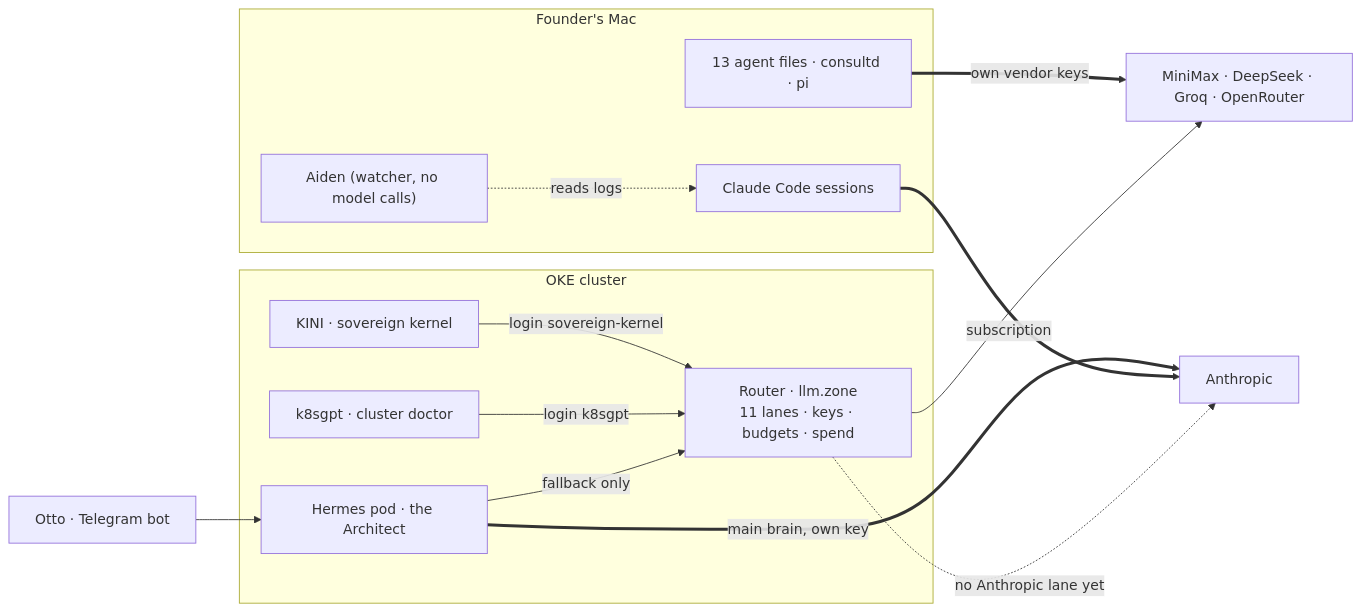
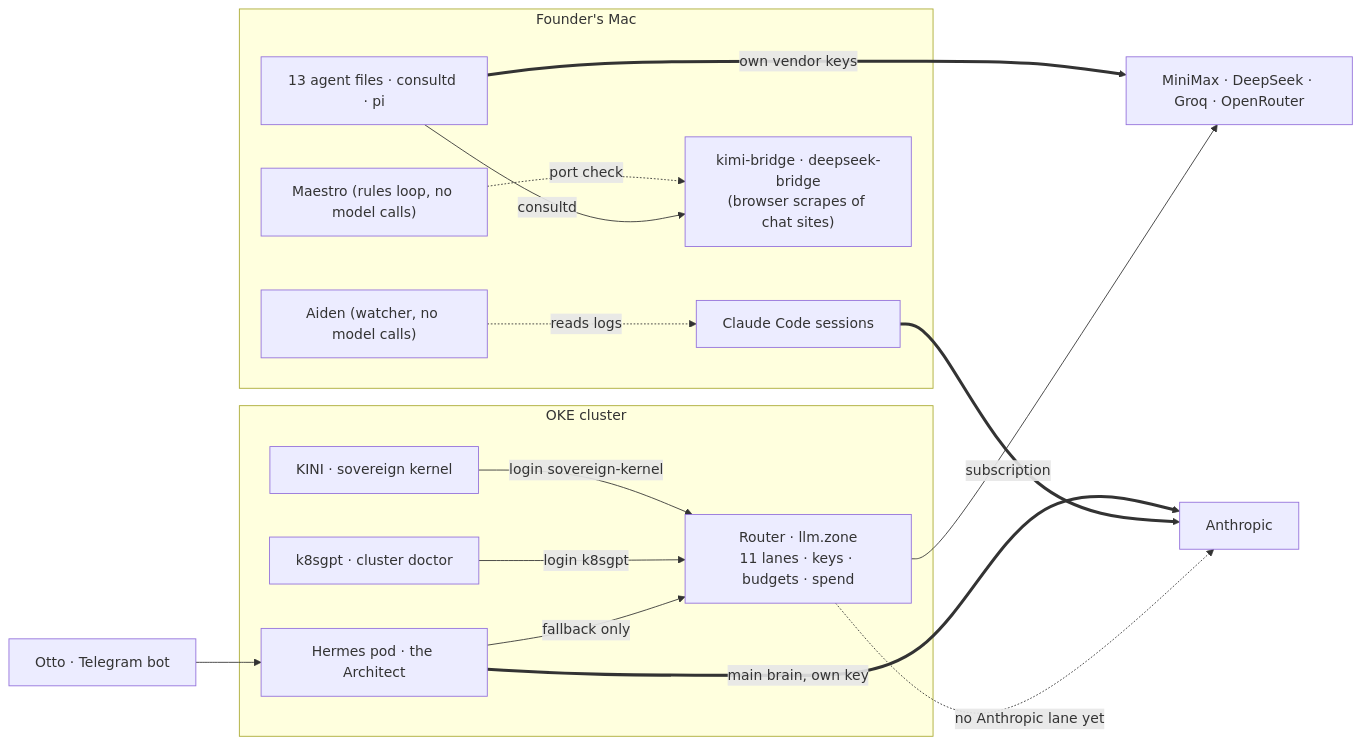
One commit to chidionyema/idp changed the first of 2 diagrams in docs/explanation/architecture/model-stack.md. Above: the diagram before and after it, drawn with Mermaid. The commit also changed other lines of this file, not shown here.

Commit message:
docs(crew#568): maestro and the two browser bridges on the model-stack page

````diff
--- a/docs/explanation/architecture/model-stack.md
+++ b/docs/explanation/architecture/model-stack.md
@@ -16,24 +18,28 @@
 ```mermaid
 flowchart LR
   subgraph MAC["Founder's Mac"]
     CC["Claude Code sessions"]
     AGENTS["13 agent files · consultd · pi"]
     AIDEN["Aiden (watcher, no model calls)"]
+    MAESTRO["Maestro (rules loop, no model calls)"]
+    BRIDGES["kimi-bridge · deepseek-bridge<br/>(browser scrapes of chat sites)"]
     AIDEN -. reads logs .-> CC
+    MAESTRO -. port check .-> BRIDGES
+    AGENTS -- "consultd" --> BRIDGES
   end
   subgraph CLUSTER["OKE cluster"]
     KINI["KINI · sovereign kernel"]
     K8S["k8sgpt · cluster doctor"]
     HERMES["Hermes pod · the Architect"]
     ROUTER["Router · llm.zone<br/>11 lanes · keys · budgets · spend"]
   end
   OTTO["Otto · Telegram bot"] --> HERMES
   KINI -- "login sovereign-kernel" --> ROUTER
   K8S -- "login k8sgpt" --> ROUTER
   HERMES -- "fallback only" --> ROUTER
   HERMES == "main brain, own key" ==> ANTH["Anthropic"]
   CC == "subscription" ==> ANTH
   AGENTS == "own vendor keys" ==> VENDORS["MiniMax · DeepSeek · Groq · OpenRouter"]
   ROUTER --> VENDORS
   ROUTER -. "no Anthropic lane yet" .-> ANTH
 ```
````
